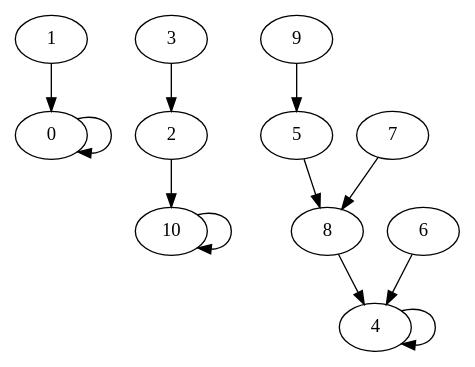
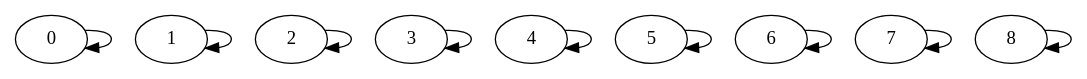
The diagram in partition/corentin/graph_partition.dot (corentinckf/projetZ1), drawn with Graphviz before and after one commit. The commit also changed 8 other files, not shown here.

```diff
--- a/partition/corentin/graph_partition.dot
+++ b/partition/corentin/graph_partition.dot
@@ -1,14 +1,12 @@
 digraph {
 
 	0->0
-	1->0
-	2->10
-	3->2
+	1->1
+	2->2
+	3->3
 	4->4
-	5->8
-	6->4
-	7->8
-	8->4
-	9->5
-	10->10
+	5->5
+	6->6
+	7->7
+	8->8
 }
```
